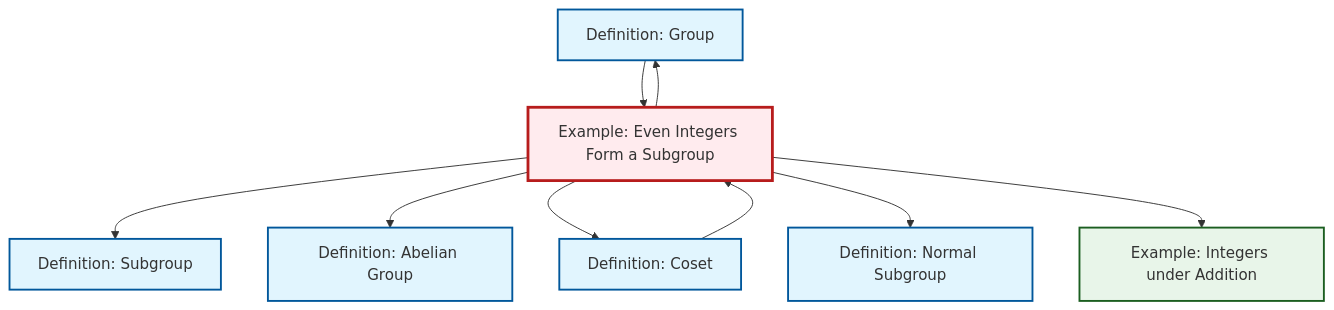
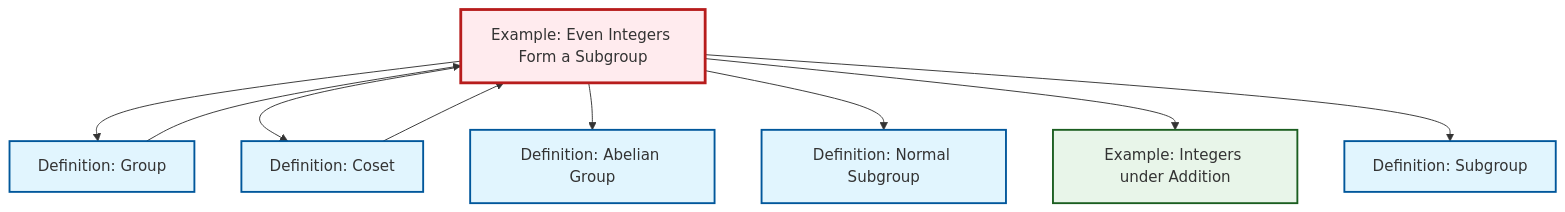
One commit to RK0429/ModernMath changed the diagram in content/en/algebra/ex-even-integers-subgroup.qmd. Above: the diagram before and after it, drawn with Mermaid. The commit also changed other lines of this file and 491 other files, not shown here.

````diff
--- a/content/en/algebra/ex-even-integers-subgroup.qmd
+++ b/content/en/algebra/ex-even-integers-subgroup.qmd
@@ -51,31 +51,31 @@
 ```{mermaid}
 %%| fig-cap: "Local dependency graph"
 graph TD
     classDef definition fill:#e1f5fe,stroke:#01579b,stroke-width:2px
     classDef theorem fill:#f3e5f5,stroke:#4a148c,stroke-width:2px
     classDef axiom fill:#fff3e0,stroke:#e65100,stroke-width:2px
     classDef example fill:#e8f5e9,stroke:#1b5e20,stroke-width:2px
     classDef current fill:#ffebee,stroke:#b71c1c,stroke-width:3px
+    ex-even-integers-subgroup["Example: Even Integers Form a Subgroup"]:::example
+    def-normal-subgroup["Definition: Normal Subgroup"]:::definition
+    def-abelian-group["Definition: Abelian Group"]:::definition
+    def-subgroup["Definition: Subgroup"]:::definition
+    def-coset["Definition: Coset"]:::definition
+    def-group["Definition: Group"]:::definition
     ex-integers-addition["Example: Integers under Addition"]:::example
-    def-group["Definition: Group"]:::definition
-    def-subgroup["Definition: Subgroup"]:::definition
-    def-abelian-group["Definition: Abelian Group"]:::definition
-    ex-even-integers-subgroup["Example: Even Integers Form a Subgroup"]:::example
-    def-coset["Definition: Coset"]:::definition
-    def-normal-subgroup["Definition: Normal Subgroup"]:::definition
-    ex-even-integers-subgroup --> def-subgroup
     ex-even-integers-subgroup --> def-group
+    ex-even-integers-subgroup --> def-coset
     def-coset --> ex-even-integers-subgroup
     ex-even-integers-subgroup --> def-abelian-group
-    ex-even-integers-subgroup --> def-coset
     def-group --> ex-even-integers-subgroup
     ex-even-integers-subgroup --> def-normal-subgroup
     ex-even-integers-subgroup --> ex-integers-addition
+    ex-even-integers-subgroup --> def-subgroup
     class ex-even-integers-subgroup current
+    click def-normal-subgroup "def-normal-subgroup.html" "Go to Normal Subgroup definition"
+    click def-abelian-group "def-abelian-group.html" "Go to Abelian Group definition"
+    click def-subgroup "def-subgroup.html" "Go to Subgroup definition"
+    click def-coset "def-coset.html" "Go to Coset definition"
+    click def-group "def-group.html" "Go to Group definition"
     click ex-integers-addition "ex-integers-addition.html" "Go to Integers under Addition example"
-    click def-group "def-group.html" "Go to Group definition"
-    click def-subgroup "def-subgroup.html" "Go to Subgroup definition"
-    click def-abelian-group "def-abelian-group.html" "Go to Abelian Group definition"
-    click def-coset "def-coset.html" "Go to Coset definition"
-    click def-normal-subgroup "def-normal-subgroup.html" "Go to Normal Subgroup definition"
 ```
````
